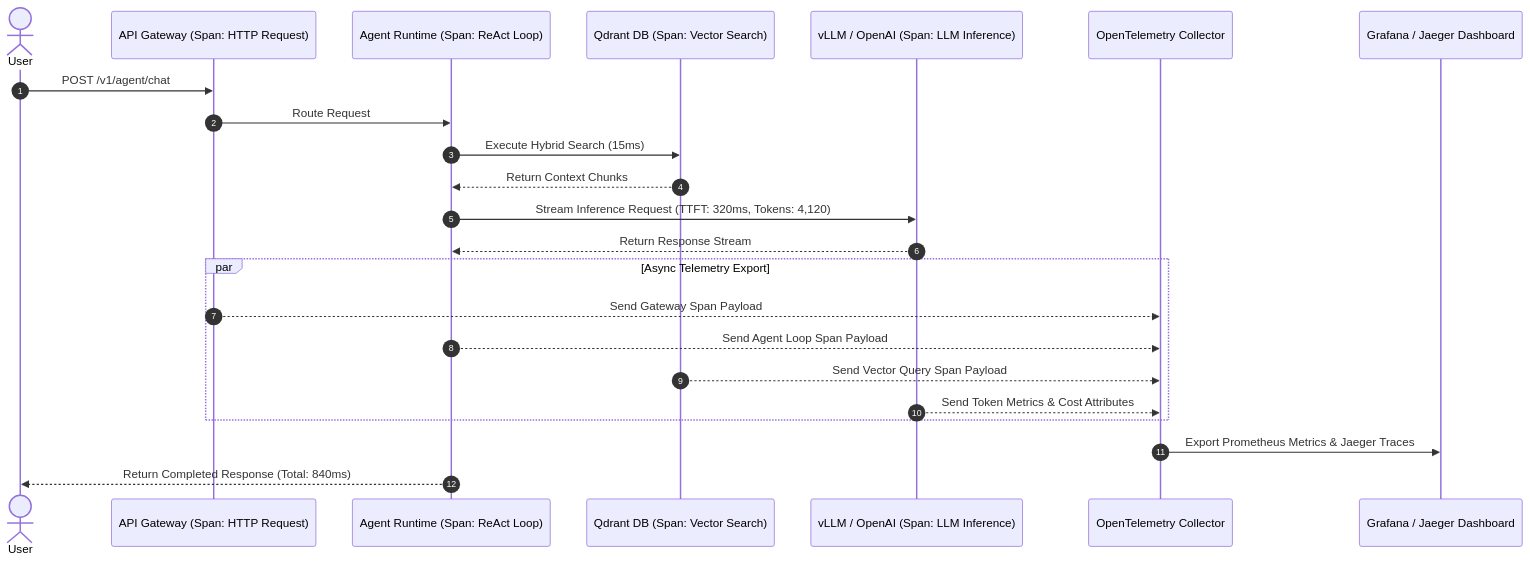
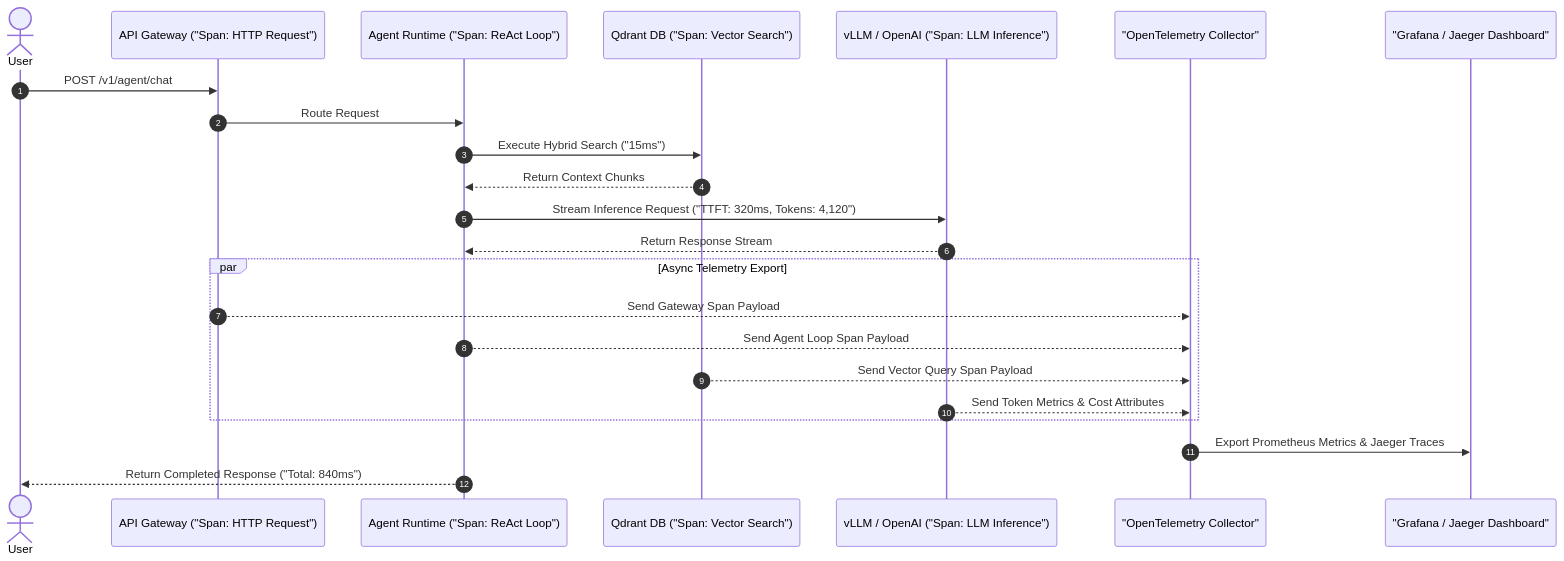
Before and after one commit to vesviet/vesviet: the diagram in content/series/ai-data-engineering-pipeline/part-9-agentic-observability-monitoring.md, drawn with Mermaid. The commit also changed other lines of this file and 331 other files, not shown here.

````diff
--- a/content/series/ai-data-engineering-pipeline/part-9-agentic-observability-monitoring.md
+++ b/content/series/ai-data-engineering-pipeline/part-9-agentic-observability-monitoring.md
@@ -35,29 +38,29 @@
 ```mermaid
 sequenceDiagram
     autonumber
     actor User
-    participant Gateway as API Gateway (Span: HTTP Request)
-    participant Agent as Agent Runtime (Span: ReAct Loop)
-    participant Vector as Qdrant DB (Span: Vector Search)
-    participant LLM as vLLM / OpenAI (Span: LLM Inference)
-    participant OTel as OpenTelemetry Collector
-    participant Grafana as Grafana / Jaeger Dashboard
+    participant Gateway as API Gateway ("Span: HTTP Request")
+    participant Agent as Agent Runtime ("Span: ReAct Loop")
+    participant Vector as Qdrant DB ("Span: Vector Search")
+    participant LLM as vLLM / OpenAI ("Span: LLM Inference")
+    participant OTel as "OpenTelemetry Collector"
+    participant Grafana as "Grafana / Jaeger Dashboard"
 
     User->>Gateway: POST /v1/agent/chat
     Gateway->>Agent: Route Request
-    Agent->>Vector: Execute Hybrid Search (15ms)
+    Agent->>Vector: Execute Hybrid Search ("15ms")
     Vector-->>Agent: Return Context Chunks
     
-    Agent->>LLM: Stream Inference Request (TTFT: 320ms, Tokens: 4,120)
+    Agent->>LLM: Stream Inference Request ("TTFT: 320ms, Tokens: 4,120")
     LLM-->>Agent: Return Response Stream
     
     par Async Telemetry Export
         Gateway-->>OTel: Send Gateway Span Payload
         Agent-->>OTel: Send Agent Loop Span Payload
         Vector-->>OTel: Send Vector Query Span Payload
         LLM-->>OTel: Send Token Metrics & Cost Attributes
     end
 
     OTel->>Grafana: Export Prometheus Metrics & Jaeger Traces
-    Agent-->>User: Return Completed Response (Total: 840ms)
+    Agent-->>User: Return Completed Response ("Total: 840ms")
 ```
````
